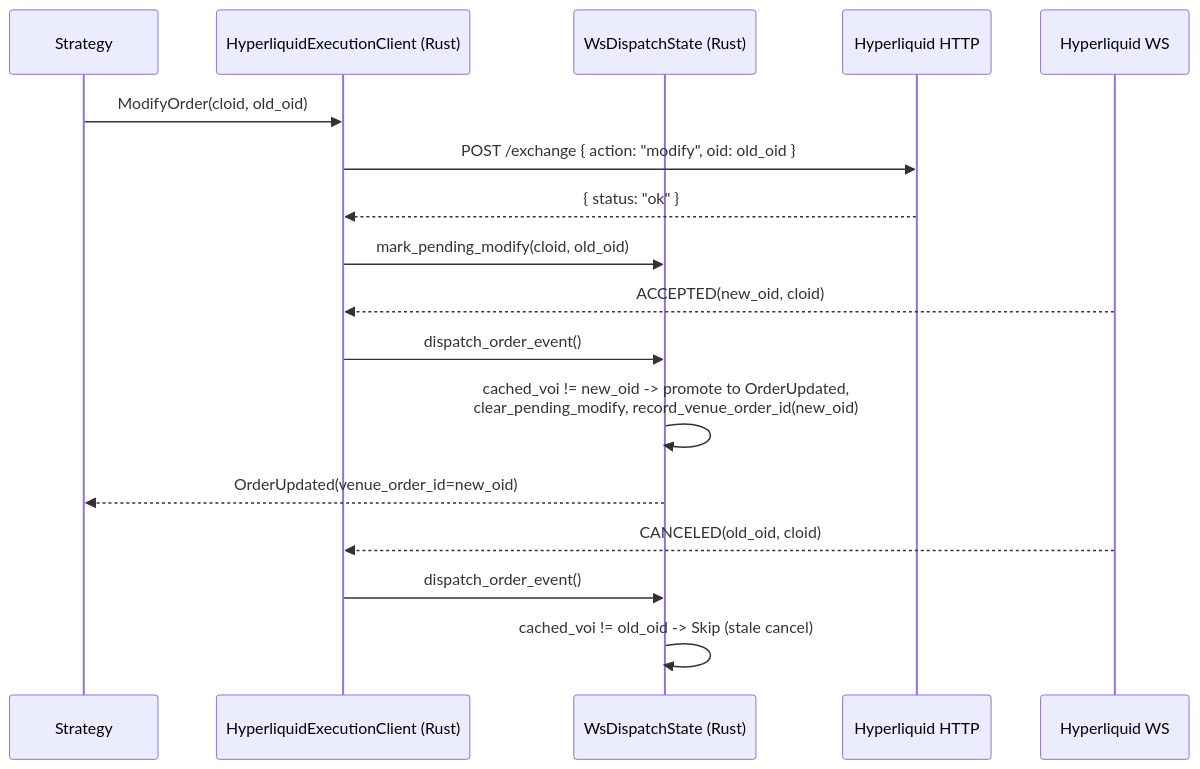
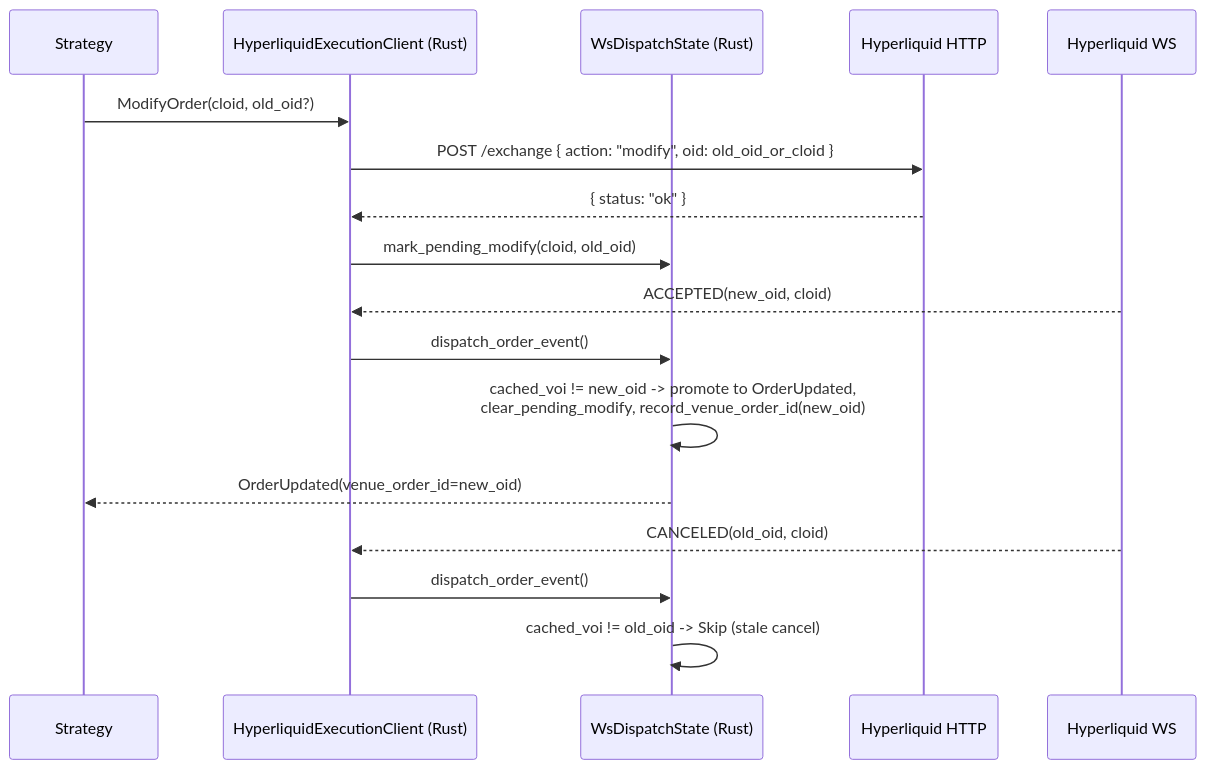
The diagram in docs/integrations/hyperliquid.md (nautechsystems/nautilus_trader), drawn with Mermaid before and after one commit. The commit also changed other lines of this file and 11 other files, not shown here.

````diff
--- a/docs/integrations/hyperliquid.md
+++ b/docs/integrations/hyperliquid.md
@@ -933,20 +933,20 @@
 ```mermaid
 sequenceDiagram
     participant Strategy
     participant ExecClient as HyperliquidExecutionClient (Rust)
     participant Dispatch as WsDispatchState (Rust)
     participant HTTP as Hyperliquid HTTP
     participant WS as Hyperliquid WS
 
-    Strategy->>ExecClient: ModifyOrder(cloid, old_oid)
-    ExecClient->>HTTP: POST /exchange { action: "modify", oid: old_oid }
+    Strategy->>ExecClient: ModifyOrder(cloid, old_oid?)
+    ExecClient->>HTTP: POST /exchange { action: "modify", oid: old_oid_or_cloid }
     HTTP-->>ExecClient: { status: "ok" }
     ExecClient->>Dispatch: mark_pending_modify(cloid, old_oid)
     WS-->>ExecClient: ACCEPTED(new_oid, cloid)
     ExecClient->>Dispatch: dispatch_order_event()
     Dispatch->>Dispatch: cached_voi != new_oid -> promote to OrderUpdated,<br/>clear_pending_modify, record_venue_order_id(new_oid)
     Dispatch-->>Strategy: OrderUpdated(venue_order_id=new_oid)
     WS-->>ExecClient: CANCELED(old_oid, cloid)
     ExecClient->>Dispatch: dispatch_order_event()
     Dispatch->>Dispatch: cached_voi != old_oid -> Skip (stale cancel)
 ```
````
